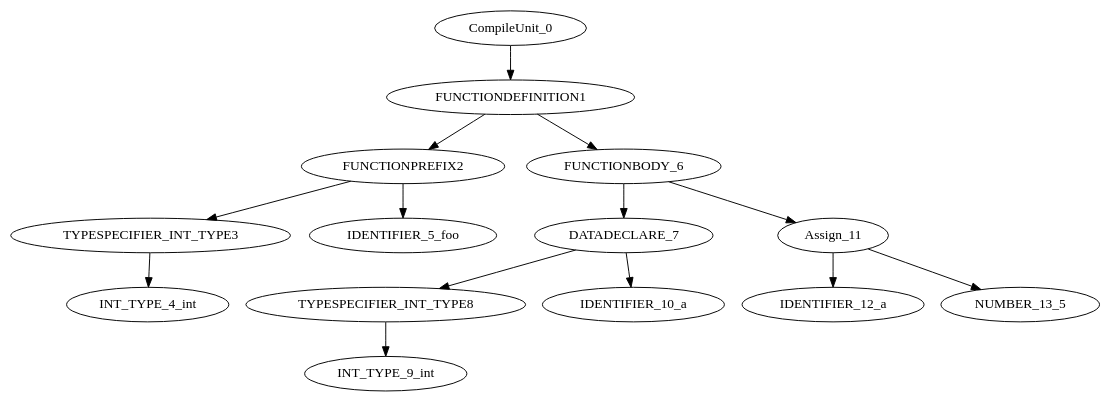
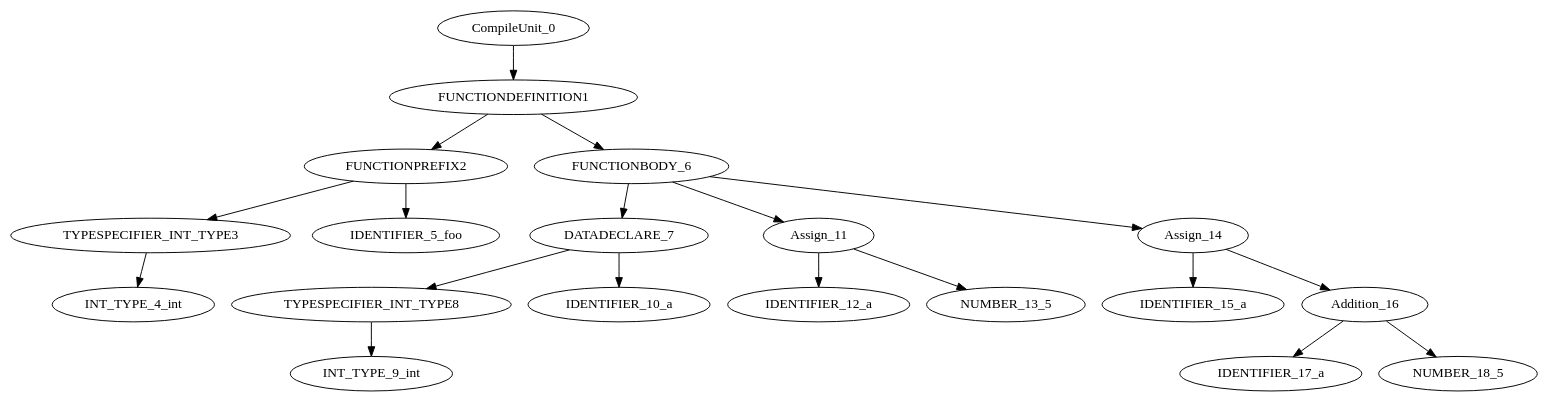
Before and after one commit to vasilismoulas/Compiler-C2ASM: the diagram in C2ASM/TestBench/SyntaxTree.dot, drawn with Graphviz. The commit also changed 35 other files, not shown here.

```diff
--- a/C2ASM/TestBench/SyntaxTree.dot
+++ b/C2ASM/TestBench/SyntaxTree.dot
@@ -1,15 +1,20 @@
 digraph G{
 "CompileUnit_0"->"FUNCTIONDEFINITION1";
 "FUNCTIONDEFINITION1"->"FUNCTIONPREFIX2";
 "FUNCTIONPREFIX2"->"TYPESPECIFIER_INT_TYPE3";
 "TYPESPECIFIER_INT_TYPE3"->"INT_TYPE_4_int";
 "FUNCTIONPREFIX2"->"IDENTIFIER_5_foo";
 "FUNCTIONDEFINITION1"->"FUNCTIONBODY_6";
 "FUNCTIONBODY_6"->"DATADECLARE_7";
 "DATADECLARE_7"->"TYPESPECIFIER_INT_TYPE8";
 "TYPESPECIFIER_INT_TYPE8"->"INT_TYPE_9_int";
 "DATADECLARE_7"->"IDENTIFIER_10_a";
 "FUNCTIONBODY_6"->"Assign_11";
 "Assign_11"->"IDENTIFIER_12_a";
 "Assign_11"->"NUMBER_13_5";
+"FUNCTIONBODY_6"->"Assign_14";
+"Assign_14"->"IDENTIFIER_15_a";
+"Assign_14"->"Addition_16";
+"Addition_16"->"IDENTIFIER_17_a";
+"Addition_16"->"NUMBER_18_5";
 }
```
